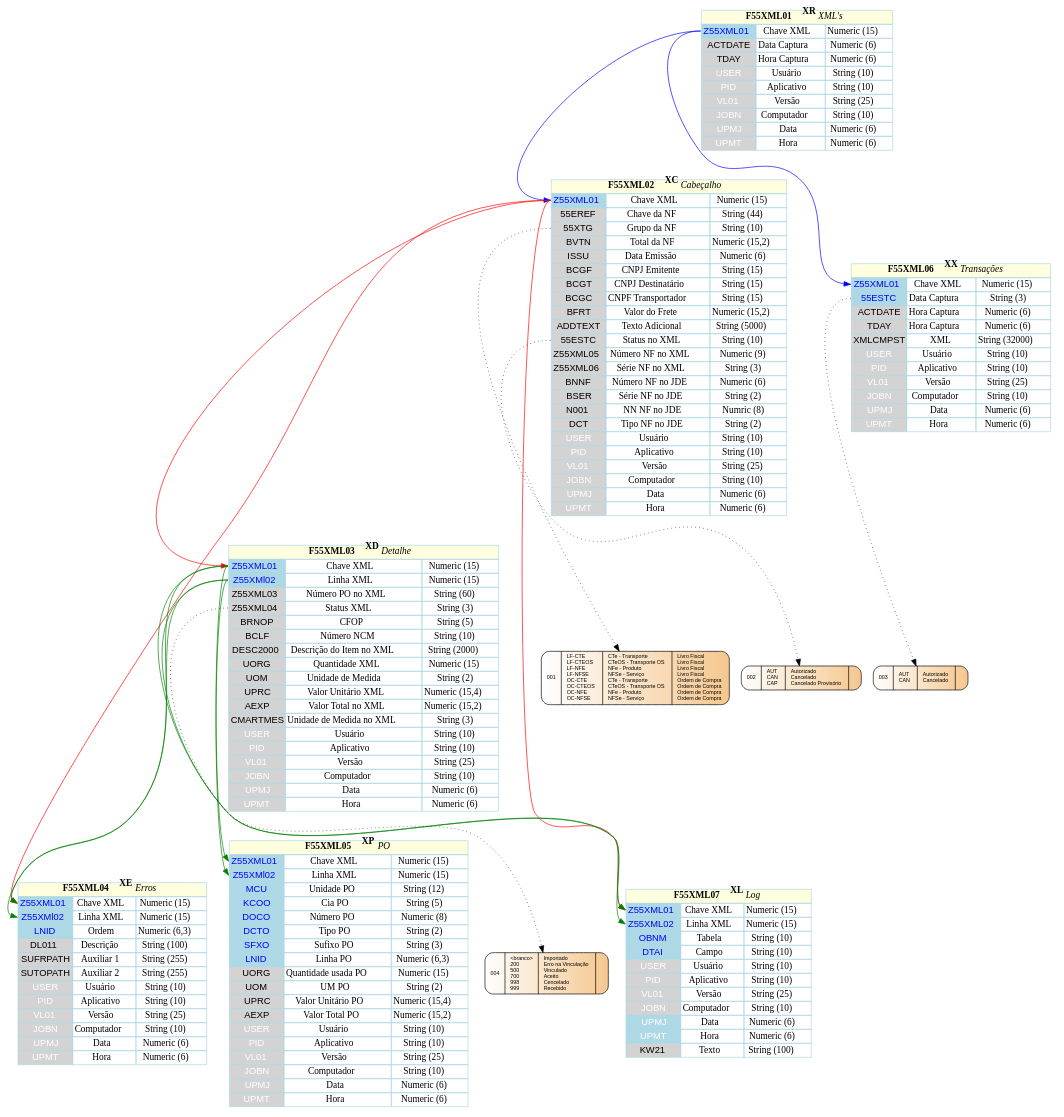
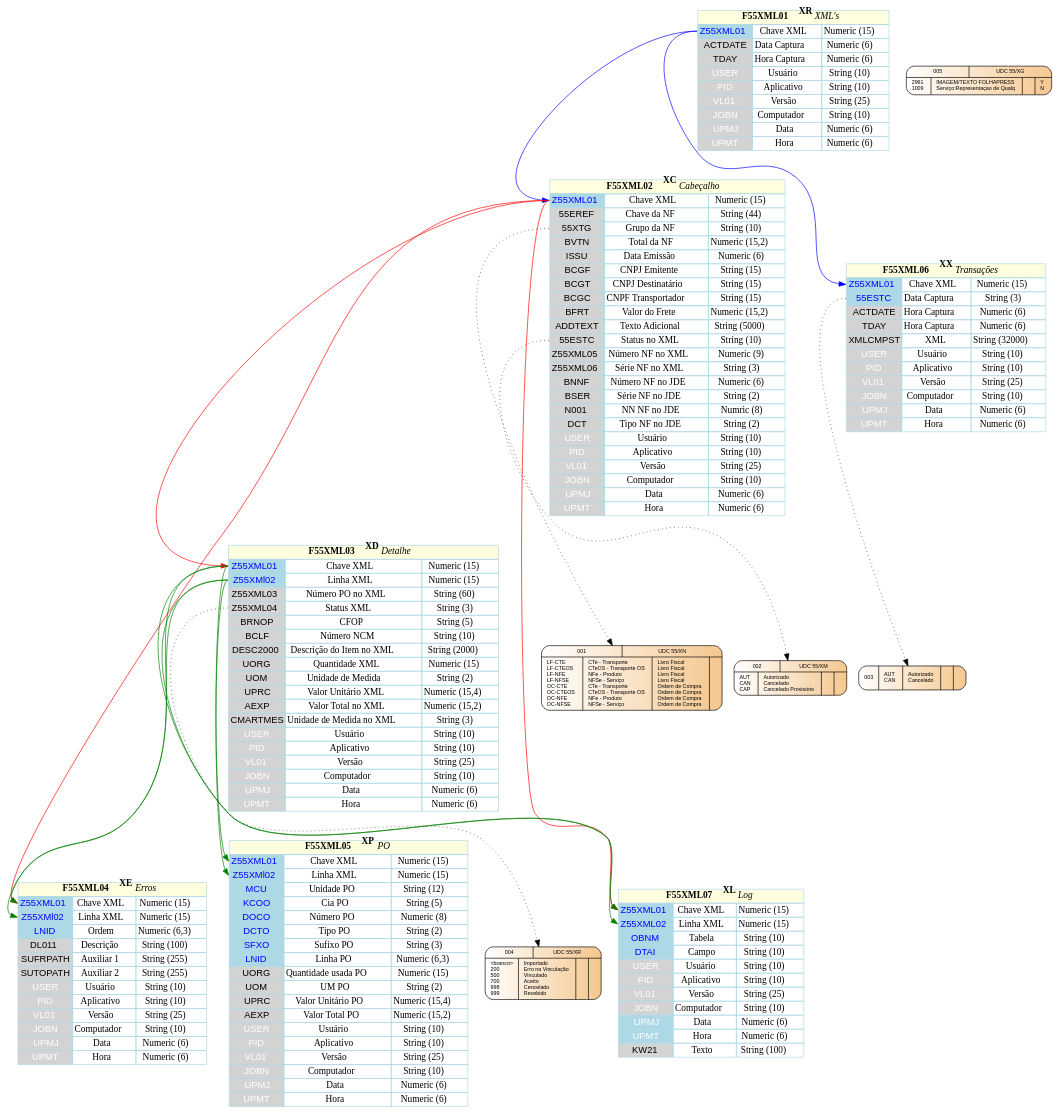
The diagram in ER XML - novo.gv (GiovaniPM/Graphs), drawn with Graphviz before and after one commit.

Commit message:
giova(NOTE-BL53M01) 200319171023

```diff
--- a/ER XML - novo.gv
+++ b/ER XML - novo.gv
@@ -164,30 +164,32 @@
     shape=record,
     style="rounded,filled",
     fillcolor="white:#f5c78e"
-    label="001|LF-CTE\l
-               LF-CTEOS\l
-               LF-NFE\l
-               LF-NFSE\l
-               OC-CTE\l
-               OC-CTEOS\l
-               OC-NFE\l
-               OC-NFSE\l|
-               CTe - Transporte\l
-               CTeOS - Transporte OS\l
-               NFe - Produto\l
-               NFSe - Serviço\l
-               CTe - Transporte\l
-               CTeOS - Transporte OS\l
-               NFe - Produto\l
-               NFSe - Serviço\l|
-               Livro Fiscal\l
-               Livro Fiscal\l
-               Livro Fiscal\l
-               Livro Fiscal\l
-               Ordem de Compra\l
-               Ordem de Compra\l
-               Ordem de Compra\l
-               Ordem de Compra\l"
+    label="{{001|
+             UDC 55/XN}|{
+             LF-CTE\l
+             LF-CTEOS\l
+             LF-NFE\l
+             LF-NFSE\l
+             OC-CTE\l
+             OC-CTEOS\l
+             OC-NFE\l
+             OC-NFSE\l|
+             CTe - Transporte\l
+             CTeOS - Transporte OS\l
+             NFe - Produto\l
+             NFSe - Serviço\l
+             CTe - Transporte\l
+             CTeOS - Transporte OS\l
+             NFe - Produto\l
+             NFSe - Serviço\l|
+             Livro Fiscal\l
+             Livro Fiscal\l
+             Livro Fiscal\l
+             Livro Fiscal\l
+             Ordem de Compra\l
+             Ordem de Compra\l
+             Ordem de Compra\l
+             Ordem de Compra\l|}}"
   ]
 
   node002 [
@@ -196,12 +198,14 @@
     shape=record,
     style="rounded,filled",
     fillcolor="white:#f5c78e"
-    label="002|AUT\l
-               CAN\l
-               CAP\l|
-               Autorizado\l
-               Cancelado\l
-               Cancelado Provisório\l|}"
+    label="{{002|
+             UDC 55/XM}|{
+             AUT\l
+             CAN\l
+             CAP\l|
+             Autorizado\l
+             Cancelado\l
+             Cancelado Provisório\l||}}"
   ]
 
   node003 [
@@ -210,10 +214,11 @@
     shape=record,
     style="rounded,filled",
     fillcolor="white:#f5c78e"
-    label="003|AUT\l
-               CAN\l|
-               Autorizado\l
-               Cancelado\l|}"
+    label="003|
+           AUT\l
+           CAN\l|
+           Autorizado\l
+           Cancelado\l||}"
   ]
 
   node004 [
@@ -222,18 +227,36 @@
     shape=record,
     style="rounded,filled",
     fillcolor="white:#f5c78e"
-    label="004|\<branco\>\l
-               200\l
-               500\l
-               700\l
-               998\l
-               999\l|
-               Importado\l
-               Erro na Vinculação\l
-               Vinculado\l
-               Aceito\l
-               Cencelado\l
-               Recebido\l|"
+    label="{{004|
+             UDC 55/XR}|{
+             \<branco\>\l
+             200\l
+             500\l
+             700\l
+             998\l
+             999\l|
+             Importado\l
+             Erro na Vinculação\l
+             Vinculado\l
+             Aceito\l
+             Cencelado\l
+             Recebido\l||}}"
+  ]
+
+  node005 [
+    fontname = "Arial",
+    fontsize = 8,
+    shape=record,
+    style="rounded,filled",
+    fillcolor="white:#f5c78e"
+    label="{{005|
+             UDC 55/XG}|{
+             2961\l
+             1009\l|
+             IMAGEM/TEXTO FOLHAPRESS\l
+             Serviço:Representaçao de Qualq\l||
+             Y\l
+             N\l}}"
   ]
 
   tabela01:col01 -> tabela02:col01 [color="blue"];
```
